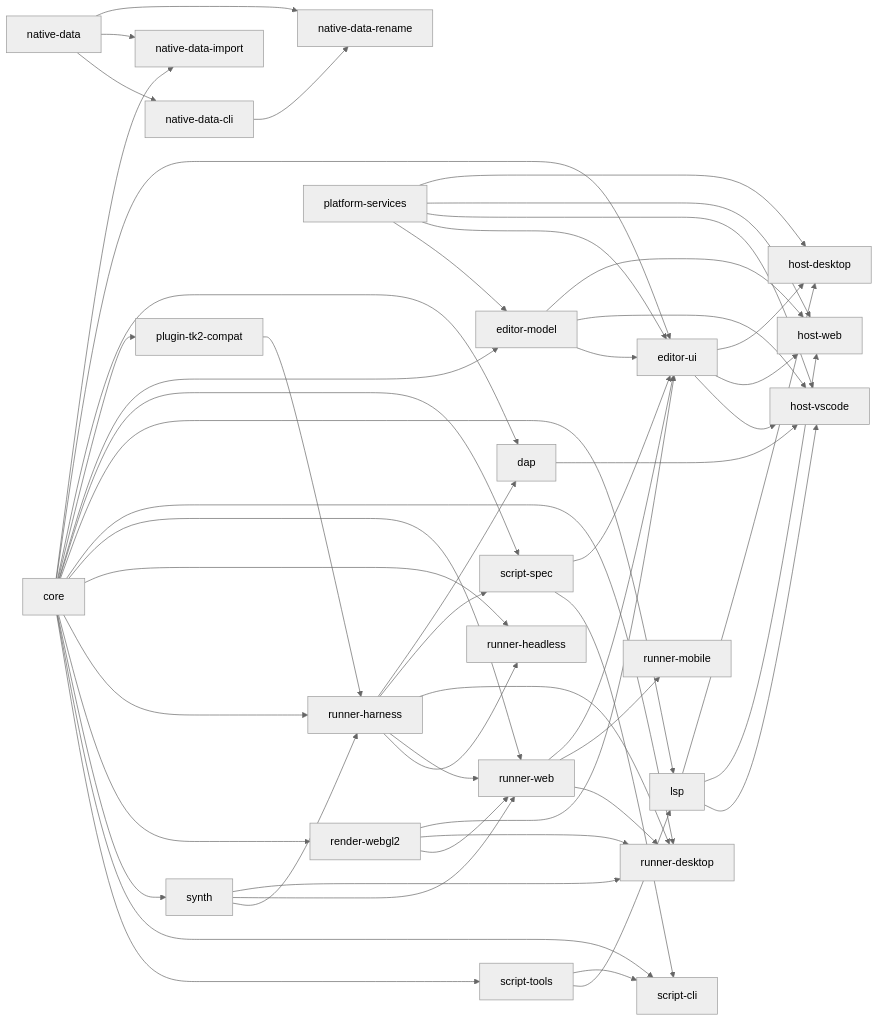
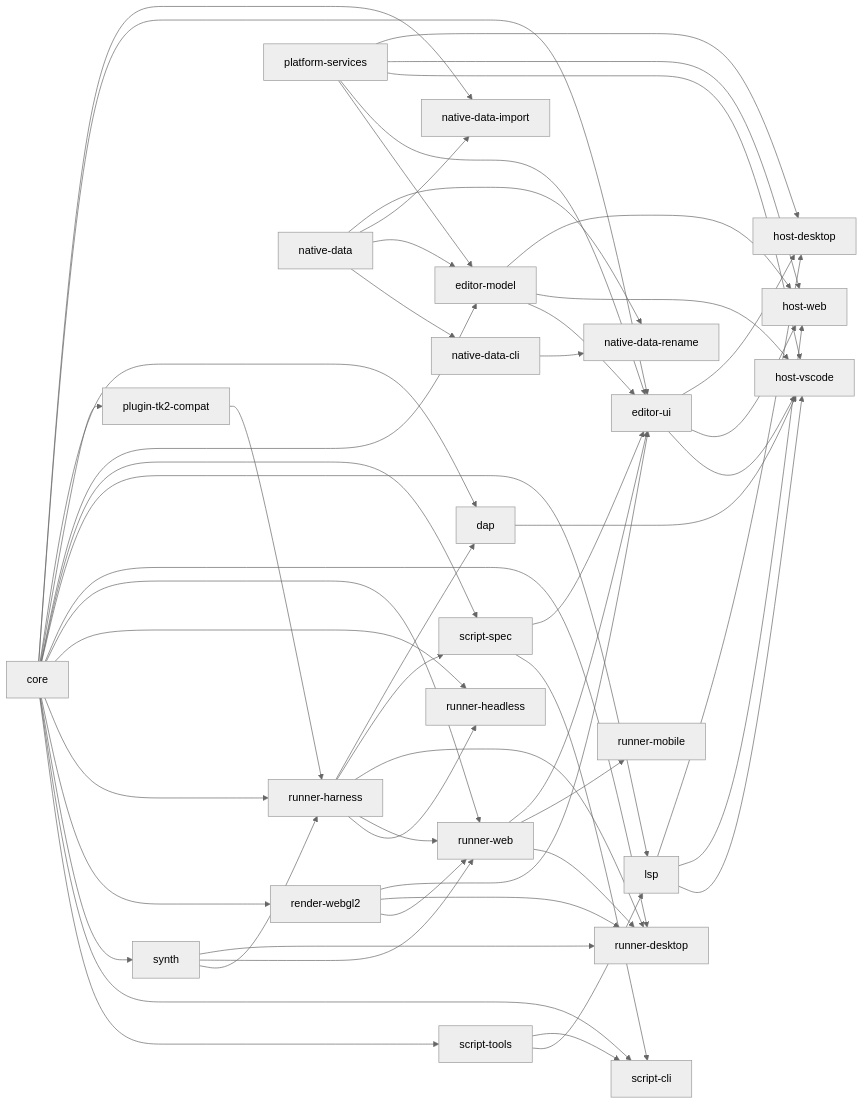
The first of 3 diagrams in _bmad-output/initiative-rpgtoolkit-reawakened/architecture-rpgtoolkit-reawakened/architecture-rpgtoolkit-reawakened.md (tk-reawakened/rpgtoolkit-reawakened), drawn with Mermaid (neutral theme) before and after one commit. The commit also changed 30 other files, not shown here.

````diff
--- a/_bmad-output/initiative-rpgtoolkit-reawakened/architecture-rpgtoolkit-reawakened/architecture-rpgtoolkit-reawakened.md
+++ b/_bmad-output/initiative-rpgtoolkit-reawakened/architecture-rpgtoolkit-reawakened/architecture-rpgtoolkit-reawakened.md
@@ -42,56 +42,57 @@
 ```mermaid
 graph LR
   core --> scripttools[script-tools]
   core --> scriptcli[script-cli]
   core --> synth
   core --> renderwebgl2[render-webgl2]
   core --> runnerharness[runner-harness]
   core --> runnerheadless[runner-headless]
   core --> runnerweb[runner-web]
   core --> runnerdesktop[runner-desktop]
   core --> lsp
   core --> scriptspec[script-spec]
   core --> editormodel[editor-model]
   core --> plugintk2compat[plugin-tk2-compat]
   scripttools --> lsp
   scripttools --> scriptcli
   scriptspec --> scriptcli
   synth --> runnerharness
   synth --> runnerweb
   synth --> runnerdesktop
   renderwebgl2 --> runnerweb
   renderwebgl2 --> runnerdesktop
   renderwebgl2 --> editorui[editor-ui]
   runnerharness --> runnerheadless
   runnerharness --> runnerweb
   runnerharness --> runnerdesktop
   runnerharness --> scriptspec
   core --> dap
   core --> editorui
   runnerharness --> dap
   runnerweb --> runnerdesktop
   runnerweb --> runnermobile[runner-mobile]
   runnerweb --> editorui
   lsp --> hostvscode[host-vscode]
   lsp --> hostweb[host-web]
   lsp --> hostdesktop[host-desktop]
   dap --> hostvscode
   scriptspec --> editorui
   editormodel --> editorui
   editormodel --> hostvscode
   editormodel --> hostweb
   editorui --> hostvscode
   editorui --> hostweb
   editorui --> hostdesktop
   platformservices[platform-services] --> editormodel
   platformservices --> editorui
   platformservices --> hostvscode
   platformservices --> hostweb
   platformservices --> hostdesktop
   plugintk2compat --> runnerharness
   nativedata[native-data] --> nativedatacli[native-data-cli]
+  nativedata --> editormodel
   core --> nativedataimport[native-data-import]
   nativedata --> nativedataimport
   nativedata --> nativedatarename[native-data-rename]
   nativedatacli --> nativedatarename
 ```
````
